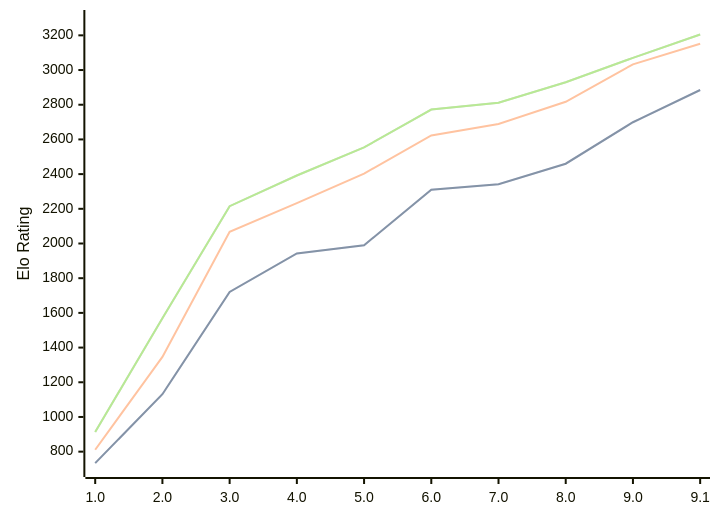
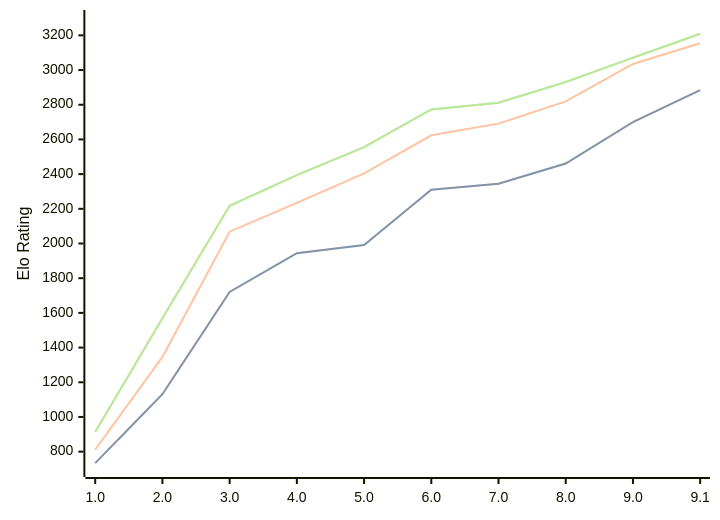
The diagram in engines/Pea.md (computer-chess-index/cci), drawn with Mermaid before and after one commit. The commit also changed other lines of this file, not shown here.

Commit message:
Update CCI Ratings (ELO VLTC) - 2026-09-01

````diff
--- a/engines/Pea.md
+++ b/engines/Pea.md
@@ -40,11 +40,11 @@
 ```mermaid
 %%{init: {"theme":"base","themeVariables":{"seriesColors:['#a3a3a3','#222221','#faa371']}}}%%
 xychart-beta
   x-axis ["1.0", "2.0", "3.0", "4.0", "5.0", "6.0", "7.0", "8.0", "9.0", "9.1"]
   y-axis "Elo Rating" 700 --> 3300
-  line "" [734, 1131, 1721, 1943, 1990, 2310, 2342, 2460, 2699, 2885]
-  line "STC (8.0+0.08s)" [734, 1131, 1721, 1943, 1990, 2310, 2342, 2460, 2699, 2885]
-  line "LTC (60.0+0.60s)" [811, 1346, 2068, 2233, 2403, 2623, 2689, 2817, 3033, 3152]
-  line "" [913, 1569, 2215, 2392, 2554, 2772, 2811, 2930, 3070, 3205]
-  line "VLTC (2m24s+1.12s)" [913, 1569, 2215, 2392, 2554, 2772, 2811, 2930, 3070, 3205]
+  line "" [734, 1131, 1721, 1944, 1991, 2310, 2344, 2461, 2700, 2884]
+  line "STC (8.0+0.08s)" [734, 1131, 1721, 1944, 1991, 2310, 2344, 2461, 2700, 2884]
+  line "LTC (60.0+0.60s)" [811, 1346, 2068, 2234, 2404, 2624, 2691, 2819, 3035, 3154]
+  line "" [913, 1569, 2217, 2394, 2556, 2773, 2812, 2931, 3071, 3209]
+  line "VLTC (2m24s+1.12s)" [913, 1569, 2217, 2394, 2556, 2773, 2812, 2931, 3071, 3209]
 ```
````
